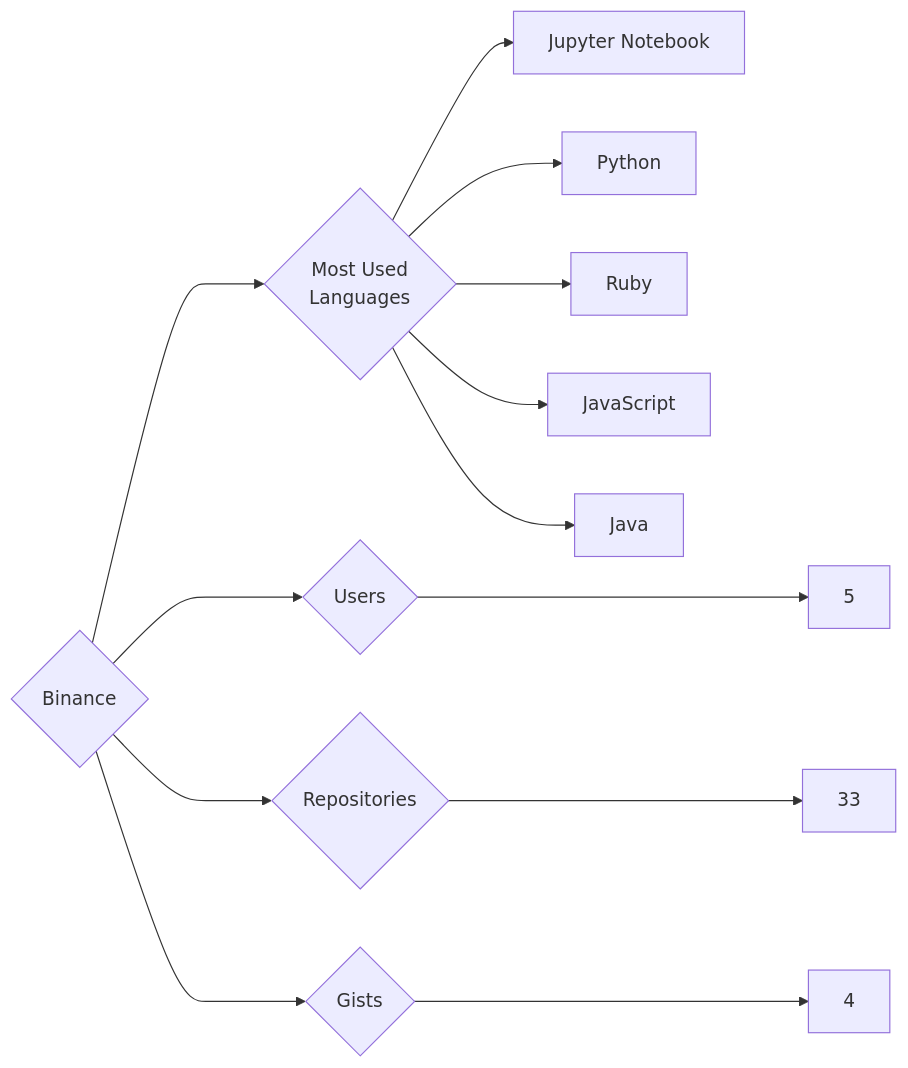
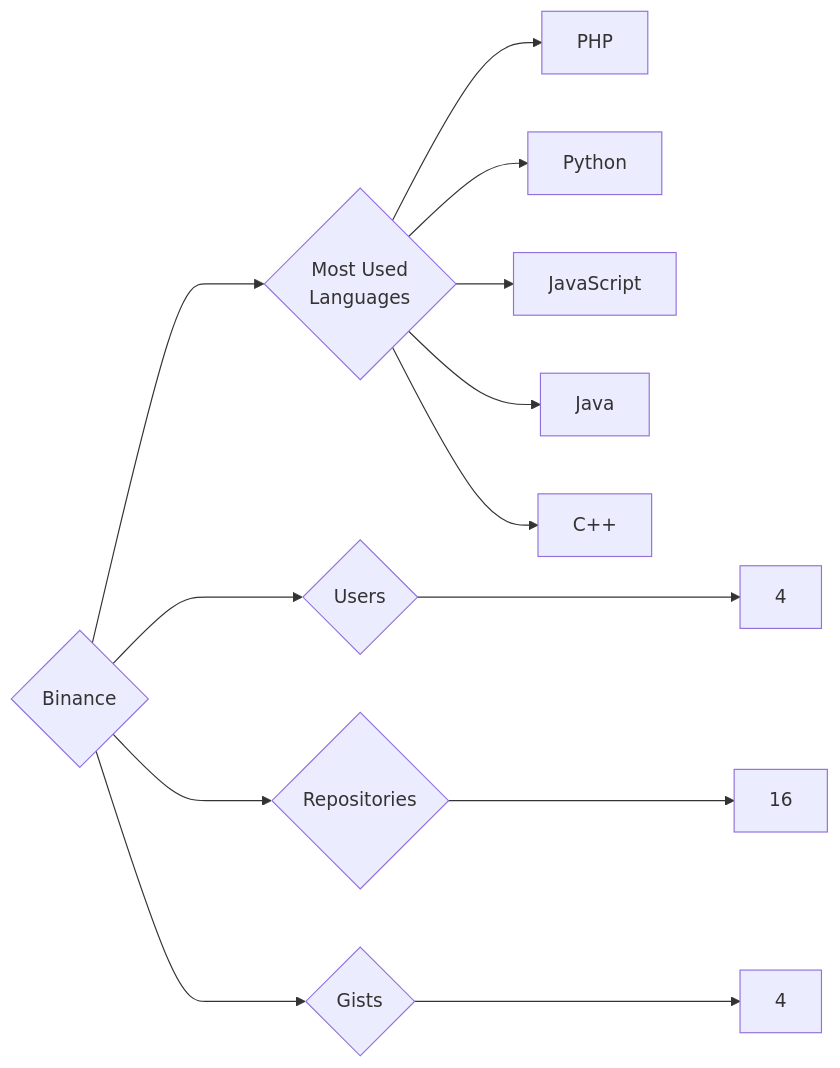
Before and after one commit to trickest/insiders: the diagram in targets/Binance/README.md, drawn with Mermaid. The commit also changed 859 other files, not shown here.

````diff
--- a/targets/Binance/README.md
+++ b/targets/Binance/README.md
@@ -3,13 +3,13 @@
 ```mermaid
 graph LR
 COMPANY_NAME{Binance}
-COMPANY_NAME ---> U{Users} ---> UN[5]
-COMPANY_NAME ---> R{Repositories} ---> RN[33]
+COMPANY_NAME ---> U{Users} ---> UN[4]
+COMPANY_NAME ---> R{Repositories} ---> RN[16]
 COMPANY_NAME ---> G{Gists} ---> GN[4]
 COMPANY_NAME ---> ML{Most Used<br>Languages}
-ML --> Jupyter_Notebook[Jupyter Notebook]
+ML --> PHP[PHP]
 ML --> Python[Python]
-ML --> Ruby[Ruby]
 ML --> JavaScript[JavaScript]
 ML --> Java[Java]
+ML --> C++[C++]
 ```
````
